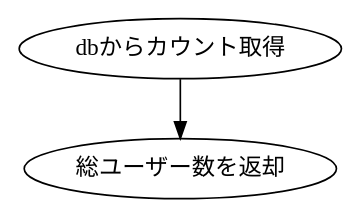
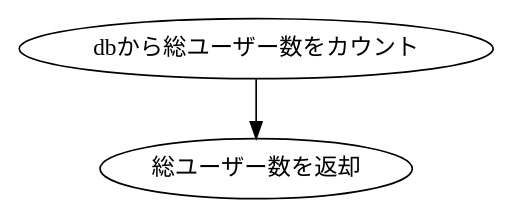
Before and after one commit to KUT-Group12/internal_design: the diagram in dot/sato/AdminGetTotalUserNumber.dot, drawn with Graphviz. The commit also changed 12 other files, not shown here.

```diff
--- a/dot/sato/AdminGetTotalUserNumber.dot
+++ b/dot/sato/AdminGetTotalUserNumber.dot
@@ -1,7 +1,7 @@
 digraph G {
     #include "style.doth"
-    db[label = "dbからカウント取得"]
+    db[label = "dbから総ユーザー数をカウント"]
     result[label = "総ユーザー数を返却"]
 
     db -> result
 }
```
